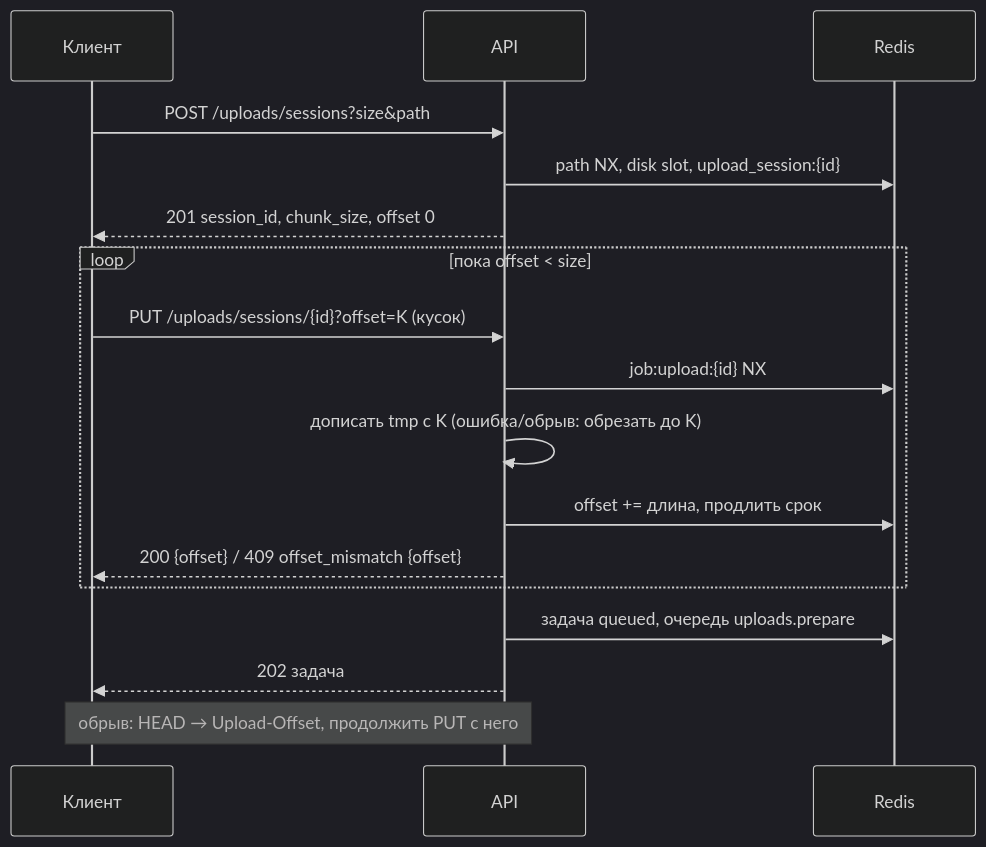
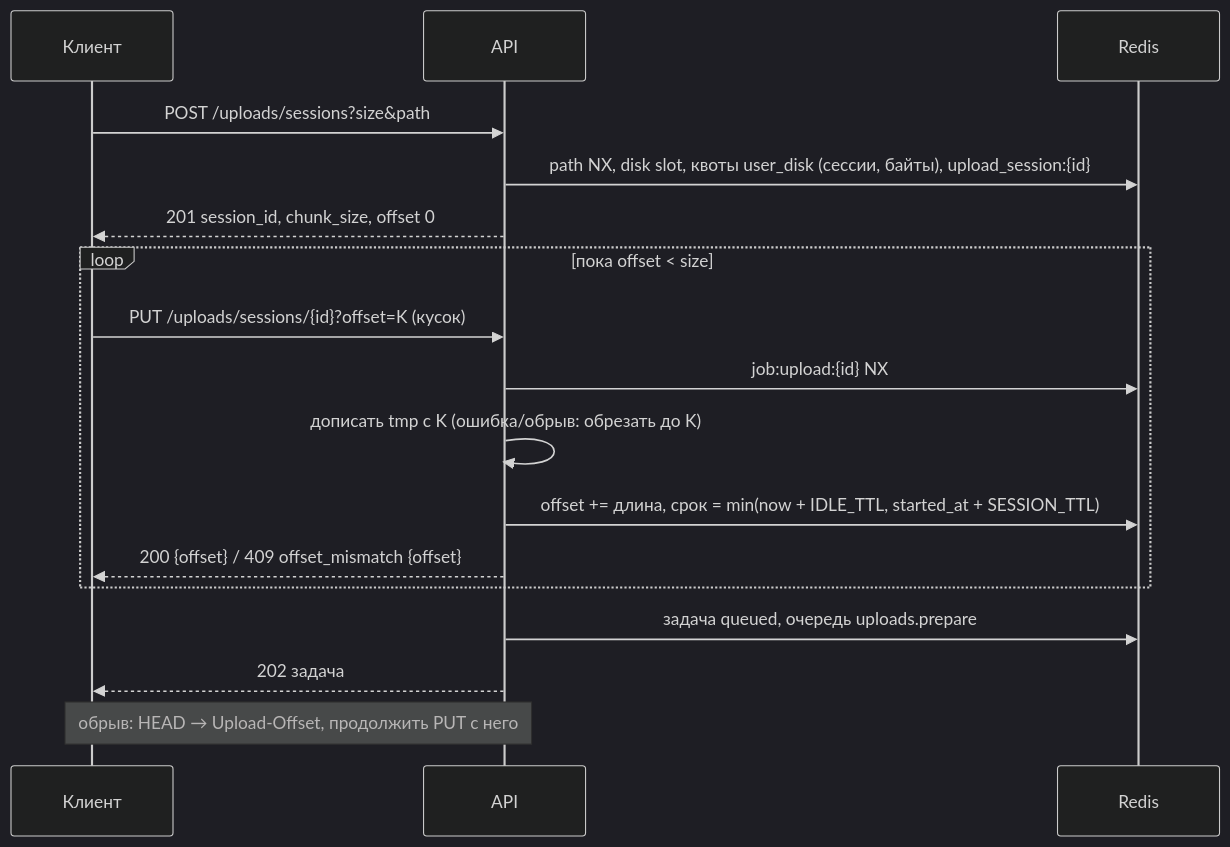
The diagram in docs/flows/uploads.md (NikitkaZXC/tcloud-backend), drawn with Mermaid (dark theme) before and after one commit. The commit also changed other lines of this file and 21 other files, not shown here.

Commit message:
feat: per-user temp disk and upload session quotas, idle session expiry and session cancel by managers

````diff
--- a/docs/flows/uploads.md
+++ b/docs/flows/uploads.md
@@ -62,19 +77,19 @@
 ```mermaid
 sequenceDiagram
     participant C as Клиент
     participant A as API
     participant R as Redis
     C->>A: POST /uploads/sessions?size&path
-    A->>R: path NX, disk slot, upload_session:{id}
+    A->>R: path NX, disk slot, квоты user_disk (сессии, байты), upload_session:{id}
     A-->>C: 201 session_id, chunk_size, offset 0
     loop пока offset < size
         C->>A: PUT /uploads/sessions/{id}?offset=K (кусок)
         A->>R: job:upload:{id} NX
         A->>A: дописать tmp с K (ошибка/обрыв: обрезать до K)
-        A->>R: offset += длина, продлить срок
+        A->>R: offset += длина, срок = min(now + IDLE_TTL, started_at + SESSION_TTL)
         A-->>C: 200 {offset} / 409 offset_mismatch {offset}
     end
     A->>R: задача queued, очередь uploads.prepare
     A-->>C: 202 задача
     Note over C,A: обрыв: HEAD → Upload-Offset, продолжить PUT с него
 ```
````
